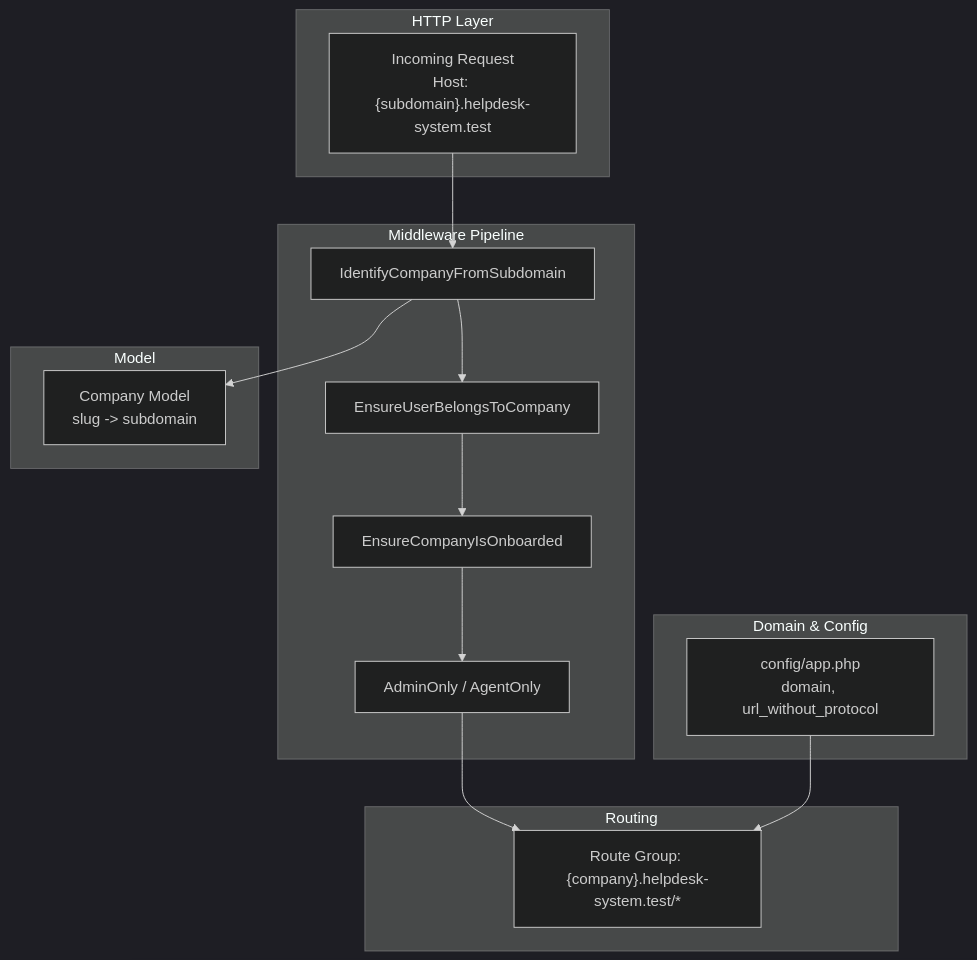
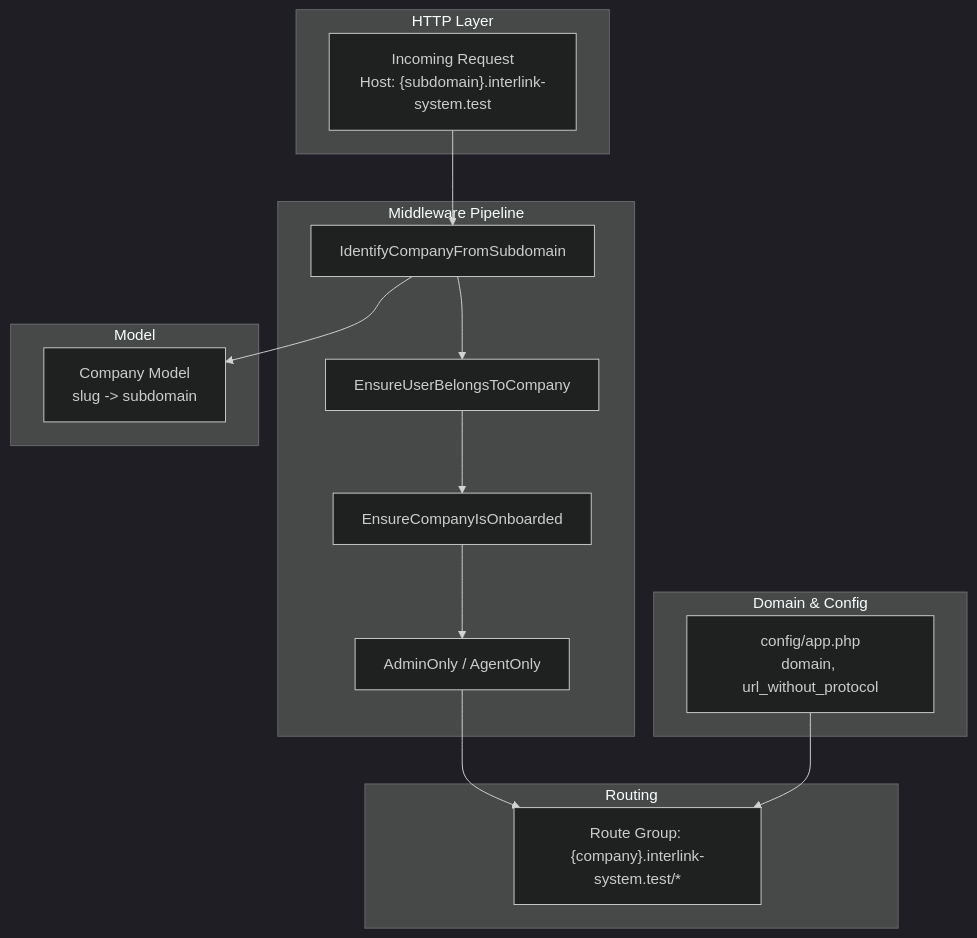
The first of 7 diagrams in .qoder/repowiki/en/content/Multi-company Architecture/Subdomain Routing System.md (younesgamer68/Internship-management-Platforme), drawn with Mermaid (dark theme) before and after one commit. The commit also changed other lines of this file and 175 other files, not shown here.

````diff
--- a/.qoder/repowiki/en/content/Multi-company Architecture/Subdomain Routing System.md
+++ b/.qoder/repowiki/en/content/Multi-company Architecture/Subdomain Routing System.md
@@ -39,24 +39,24 @@
 ```mermaid
 graph TB
 subgraph "HTTP Layer"
-R["Incoming Request<br/>Host: {subdomain}.helpdesk-system.test"]
+R["Incoming Request<br/>Host: {subdomain}.interlink-system.test"]
 end
 subgraph "Middleware Pipeline"
 M1["IdentifyCompanyFromSubdomain"]
 M2["EnsureUserBelongsToCompany"]
 M3["EnsureCompanyIsOnboarded"]
 M4["AdminOnly / AgentOnly"]
 end
 subgraph "Routing"
-RG["Route Group: {company}.helpdesk-system.test/*"]
+RG["Route Group: {company}.interlink-system.test/*"]
 end
 subgraph "Domain & Config"
 CFG["config/app.php<br/>domain, url_without_protocol"]
 end
 subgraph "Model"
 CM["Company Model<br/>slug -> subdomain"]
 end
 R --> M1 --> M2 --> M3 --> M4 --> RG
 CFG --> RG
 M1 --> CM
 ```
````
